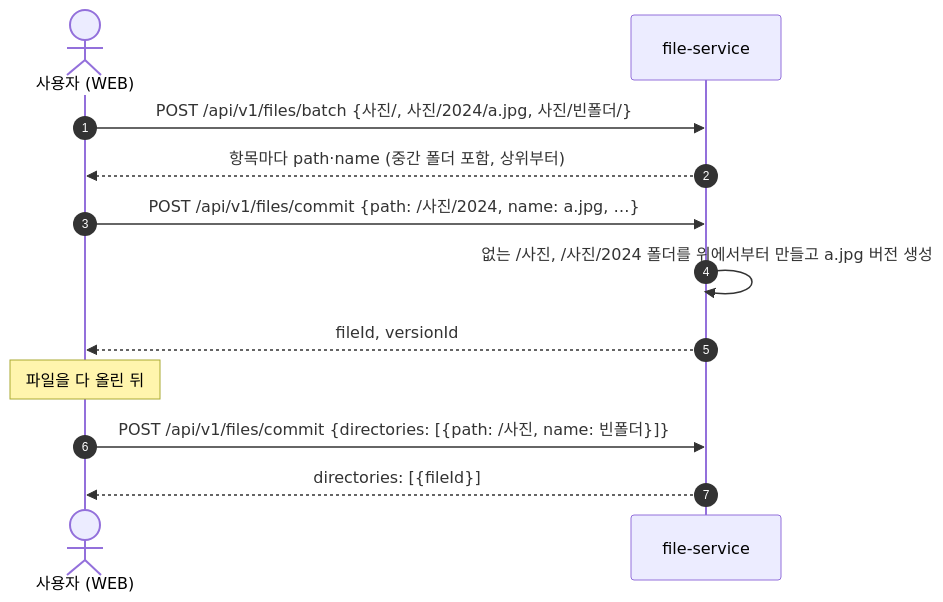
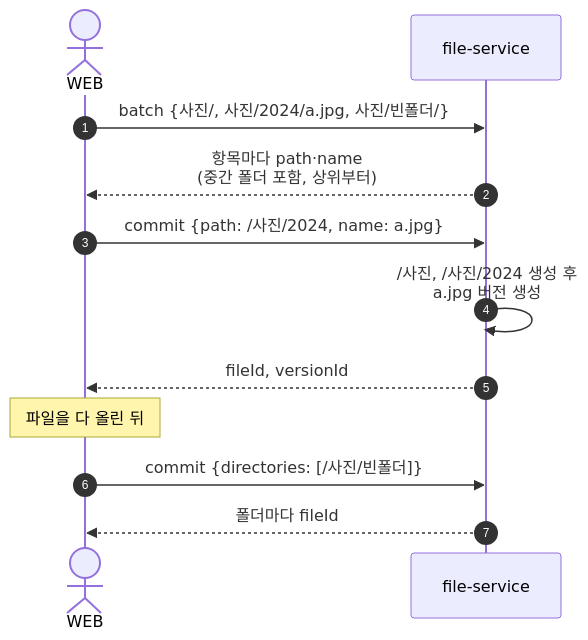
Before and after one commit to rivertw777/ModuDrive-API: the third of 5 diagrams in .docs/spec/001-file-upload-spec.md, drawn with Mermaid. The commit also changed other lines of this file and 2 other files, not shown here.

````diff
--- a/.docs/spec/001-file-upload-spec.md
+++ b/.docs/spec/001-file-upload-spec.md
@@ -406,15 +382,15 @@
 ```mermaid
 sequenceDiagram
     autonumber
-    actor U as 사용자 (WEB)
+    actor U as WEB
     participant F as file-service
 
-    U->>F: POST /api/v1/files/batch {사진/, 사진/2024/a.jpg, 사진/빈폴더/}
-    F-->>U: 항목마다 path·name (중간 폴더 포함, 상위부터)
-    U->>F: POST /api/v1/files/commit {path: /사진/2024, name: a.jpg, …}
-    F->>F: 없는 /사진, /사진/2024 폴더를 위에서부터 만들고 a.jpg 버전 생성
+    U->>F: batch {사진/, 사진/2024/a.jpg, 사진/빈폴더/}
+    F-->>U: 항목마다 path·name<br/>(중간 폴더 포함, 상위부터)
+    U->>F: commit {path: /사진/2024, name: a.jpg}
+    F->>F: /사진, /사진/2024 생성 후<br/>a.jpg 버전 생성
     F-->>U: fileId, versionId
     Note over U: 파일을 다 올린 뒤
-    U->>F: POST /api/v1/files/commit {directories: [{path: /사진, name: 빈폴더}]}
-    F-->>U: directories: [{fileId}]
+    U->>F: commit {directories: [/사진/빈폴더]}
+    F-->>U: 폴더마다 fileId
 ```
````
